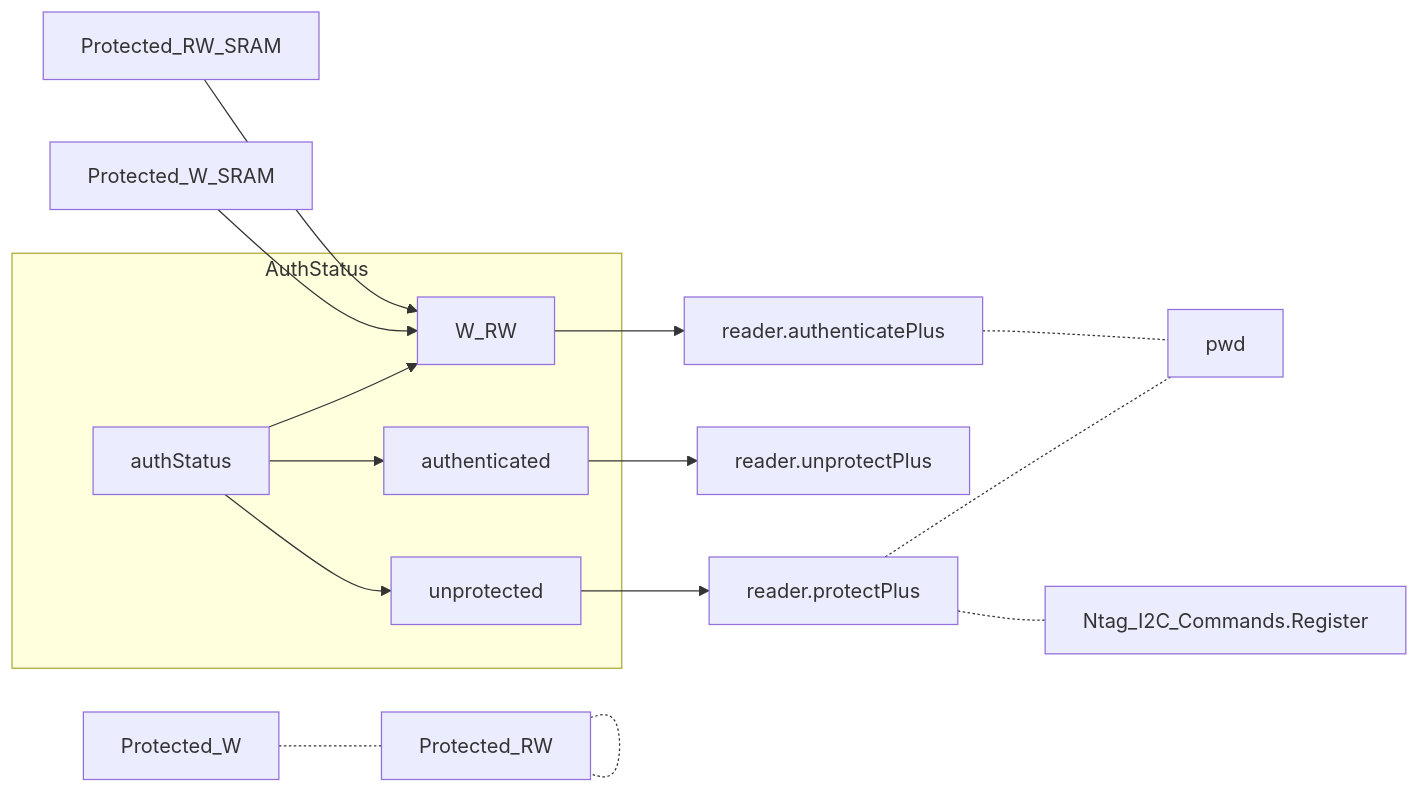
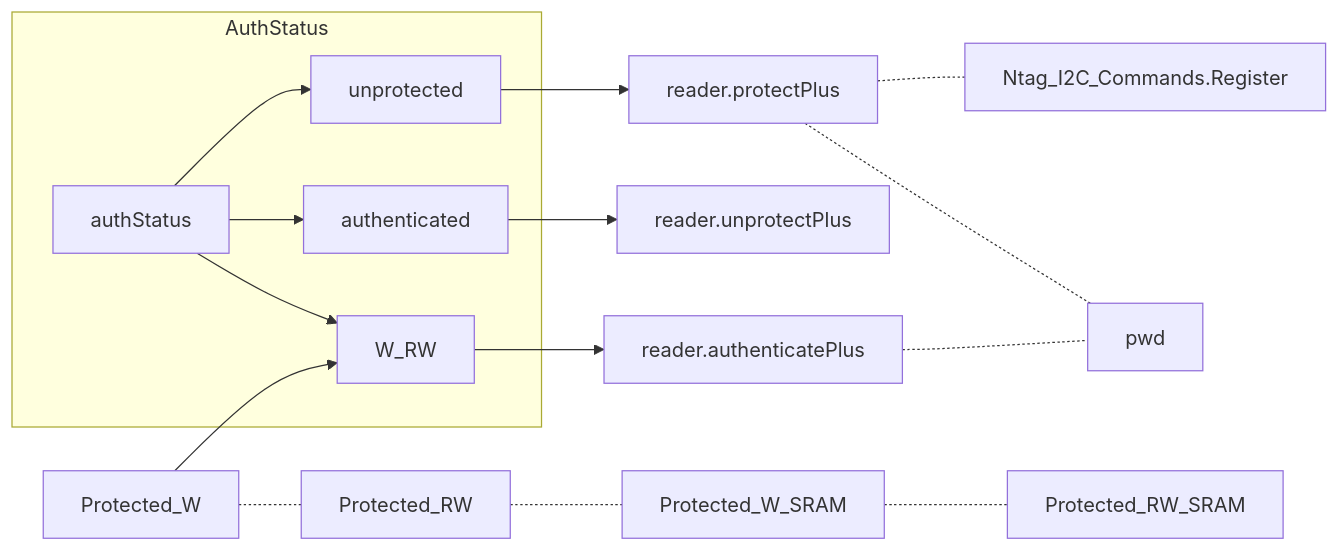
One commit to gordianknotC/nxp_note changed diagram 16 of 16 in nxp/NtagDemo_mermaid.md. Above: the diagram before and after it, drawn with Mermaid. The commit also changed other lines of this file, not shown here.

Commit message:
nxp/NtagDemo_mermaid.md updated from https://stackedit.io/

````diff
--- a/nxp/NtagDemo_mermaid.md
+++ b/nxp/NtagDemo_mermaid.md
@@ -616,23 +616,23 @@
 ```mermaid
 graph LR
 subgraph AuthStatus
 	unprotected
 	authenticated
 	W_RW
 	authStatus --> W_RW
 	authStatus --> authenticated
 	authStatus --> unprotected
 end
 
 unprotected --> reader.protectPlus
 reader.protectPlus -.- pwd
 reader.protectPlus -.- Ntag_I2C_Commands.Register
 authenticated --> reader.unprotectPlus
 W_RW --> reader.authenticatePlus
 reader.authenticatePlus -.- pwd
 
 Protected_W -.- Protected_RW
-Protected_RW -.- Protected_RW
-Protected_W_SRAM --> W_RW
-Protected_RW_SRAM --> W_RW
+Protected_RW -.- Protected_W_SRAM
+Protected_W_SRAM -.- Protected_RW_SRAM
+Protected_W --> W_RW
 ```
````
